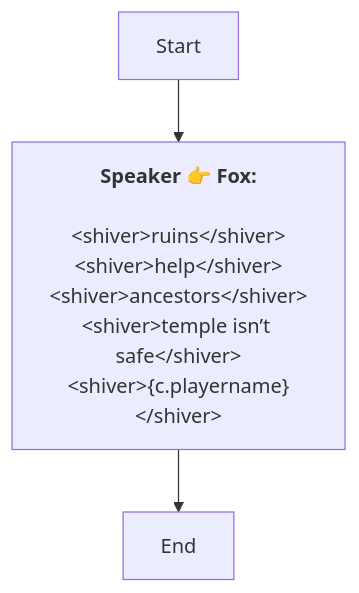
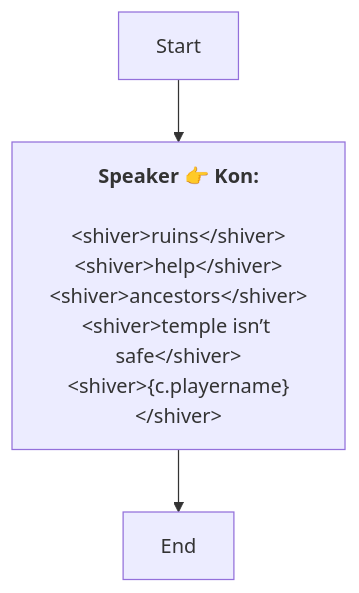
One commit to SoftHu/tos_avg changed the diagram in En/KonNightMare.md. Above: the diagram before and after it, drawn with Mermaid. The commit also changed 730 other files, not shown here.

````diff
--- a/En/KonNightMare.md
+++ b/En/KonNightMare.md
@@ -1,7 +1,7 @@
 ```mermaid
 graph
-Start -->1777818592698929[<b>Speaker 👉 Fox:</b>
+Start -->1777818592698929[<b>Speaker 👉 Kon:</b>
 \n&lt;shiver&gt;ruins&lt;/shiver&gt;\n&lt;shiver&gt;help&lt;/shiver&gt;\n&lt;shiver&gt;ancestors&lt;/shiver&gt;\n&lt;shiver&gt;temple isn’t safe&lt;/shiver&gt;\n&lt;shiver&gt;&lbrace;c.playername&rbrace;&lt;/shiver&gt;]
 1777818592698929 -->1777818596198962[End]
 
 ```
````
